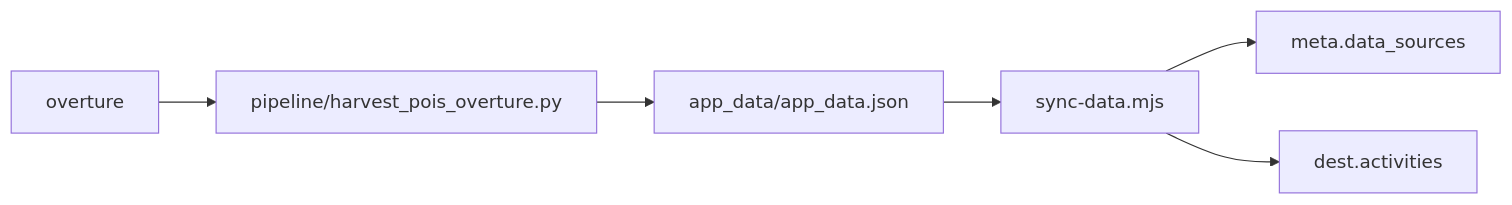
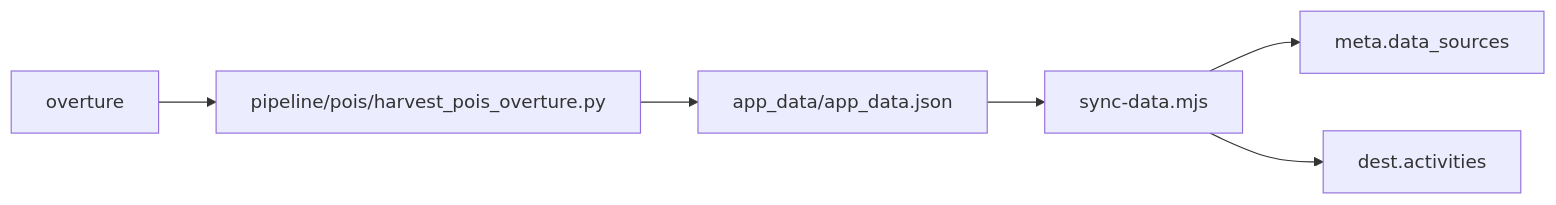
Diagram 29 of 46 in docs/architecture/lineage.md (basvn123/carta-travel-app), drawn with Mermaid before and after one commit. The commit also changed other lines of this file and 23 other files, not shown here.

First line of the commit message:
T1207: group the POI harvest and clean-up scripts in pipeline/pois/

````diff
--- a/docs/architecture/lineage.md
+++ b/docs/architecture/lineage.md
@@ -638,14 +638,14 @@
 ```mermaid
 flowchart LR
   T_overture["overture"]
-  C0["pipeline/harvest_pois_overture.py"]
+  C0["pipeline/pois/harvest_pois_overture.py"]
   T_overture --> C0
   M["app_data/app_data.json"]
   C0 --> M
   S["sync-data.mjs"]
   M --> S
   F0["meta.data_sources"]
   S --> F0
   F1["dest.activities"]
   S --> F1
 ```
````
